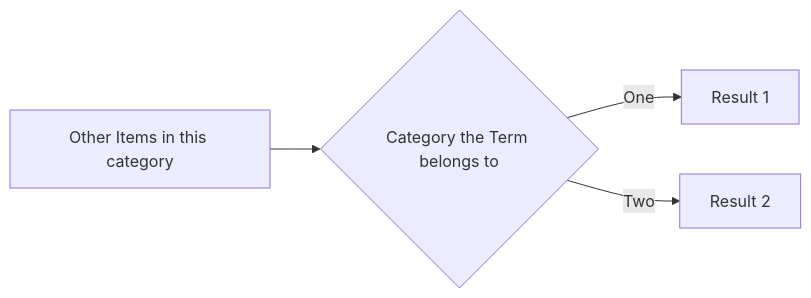
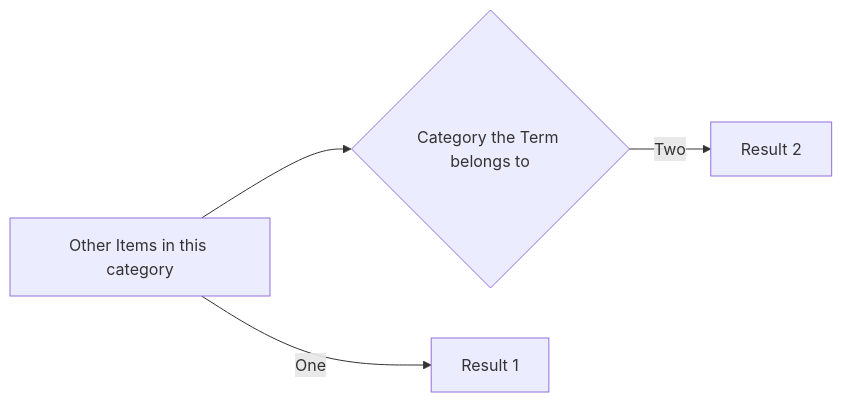
Before and after one commit to gerbssusd/dok: the diagram in slides.md, drawn with Mermaid.

````diff
--- a/slides.md
+++ b/slides.md
@@ -217,6 +217,6 @@
 ```mermaid {theme: 'neutral', scale: 0.8}
 graph LR
 B[Other Items in this category] --> C{Category the Term belongs to}
- -->|One| D[Result 1]
+B -->|One| D[Result 1]
 C -->|Two| E[Result 2]
 ```
````
